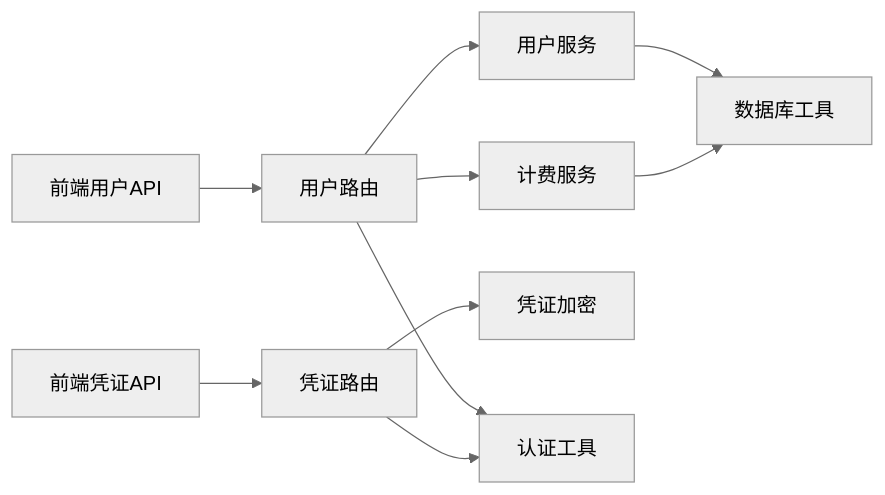
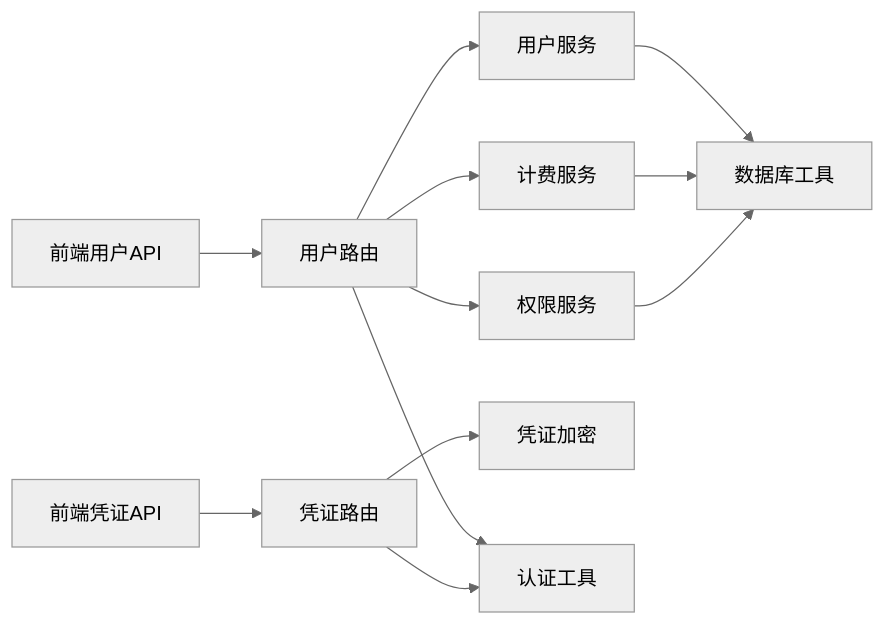
One commit to joezxh/QuantDinger changed the third of 3 diagrams in .qoder/repowiki/zh/content/API参考文档/用户管理API.md. Above: the diagram before and after it, drawn with Mermaid (neutral theme). The commit also changed other lines of this file and 548 other files, not shown here.

````diff
--- a/.qoder/repowiki/zh/content/API参考文档/用户管理API.md
+++ b/.qoder/repowiki/zh/content/API参考文档/用户管理API.md
@@ -251,12 +265,14 @@
 ```mermaid
 graph LR
 FE_User["前端用户API"] --> R_User["用户路由"]
 FE_Cred["前端凭证API"] --> R_Cred["凭证路由"]
 R_User --> S_User["用户服务"]
 R_User --> S_Bill["计费服务"]
+R_User --> S_Permission["权限服务"]
 R_Cred --> U_CredCrypto["凭证加密"]
 S_User --> U_DB["数据库工具"]
 S_Bill --> U_DB
+S_Permission --> U_DB
 R_User --> U_Auth["认证工具"]
 R_Cred --> U_Auth
 ```
````
